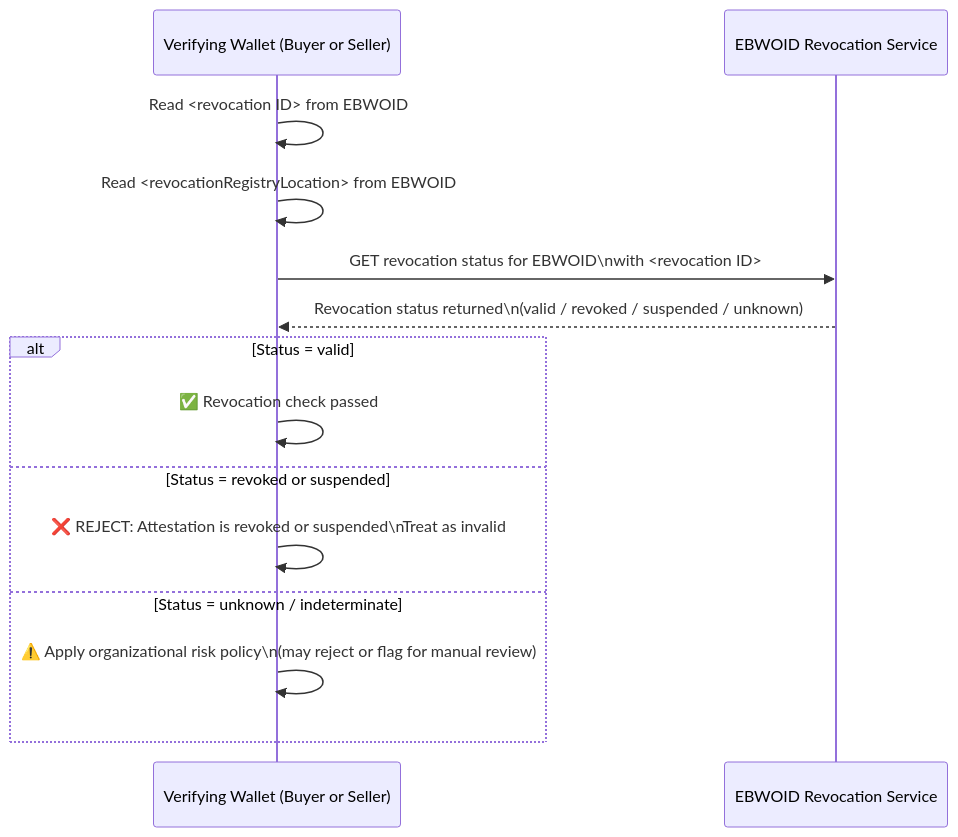
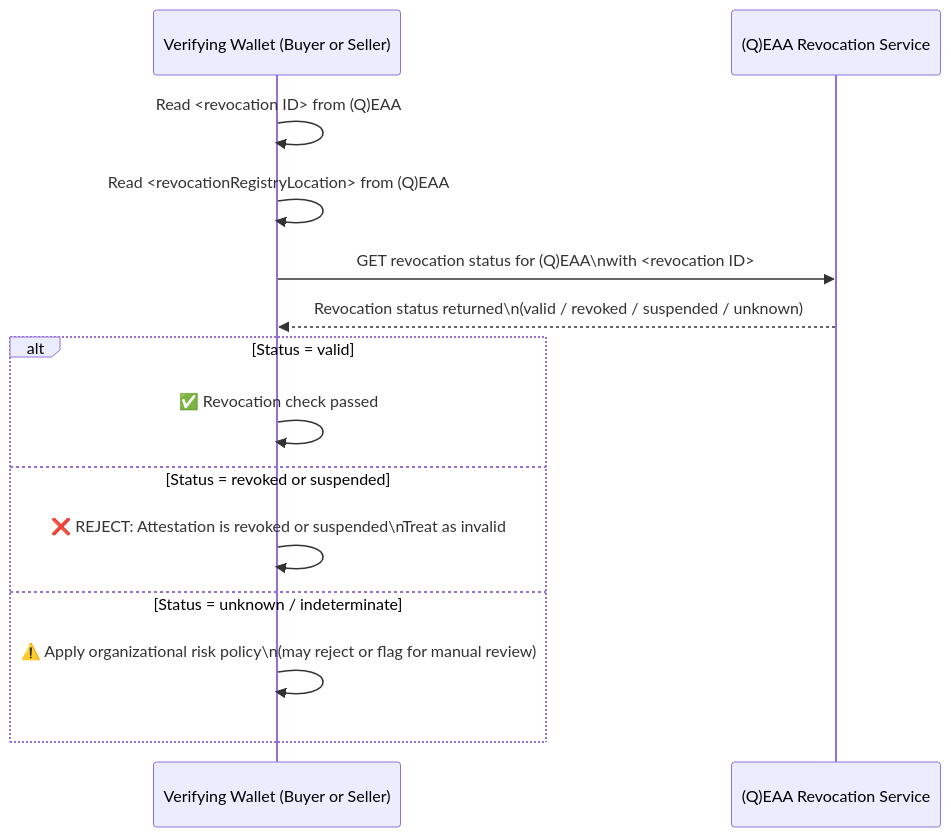
One commit to webuild-consortium/webuild-attestation-rulebooks-catalog changed the fifth of 7 diagrams in rulebooks/rb-base/verifier-base-verification.md. Above: the diagram before and after it, drawn with Mermaid. The commit also changed other lines of this file, not shown here.

````diff
--- a/rulebooks/rb-base/verifier-base-verification.md
+++ b/rulebooks/rb-base/verifier-base-verification.md
@@ -255,16 +271,16 @@
 ```mermaid
     sequenceDiagram
     participant W as Verifying Wallet (Buyer or Seller)
-    participant RS as EBWOID Revocation Service
-    W->>W: Read <revocation ID> from EBWOID
-    W->>W: Read <revocationRegistryLocation> from EBWOID
-    W->>RS: GET revocation status for EBWOID\nwith <revocation ID>
+    participant RS as (Q)EAA Revocation Service
+    W->>W: Read <revocation ID> from (Q)EAA
+    W->>W: Read <revocationRegistryLocation> from (Q)EAA
+    W->>RS: GET revocation status for (Q)EAA\nwith <revocation ID>
     RS-->>W: Revocation status returned\n(valid / revoked / suspended / unknown)
     alt Status = valid
         W->>W: ✅ Revocation check passed
     else Status = revoked or suspended
         W->>W: ❌ REJECT: Attestation is revoked or suspended\nTreat as invalid
     else Status = unknown / indeterminate
         W->>W: ⚠️ Apply organizational risk policy\n(may reject or flag for manual review)
     end
 ```
````
